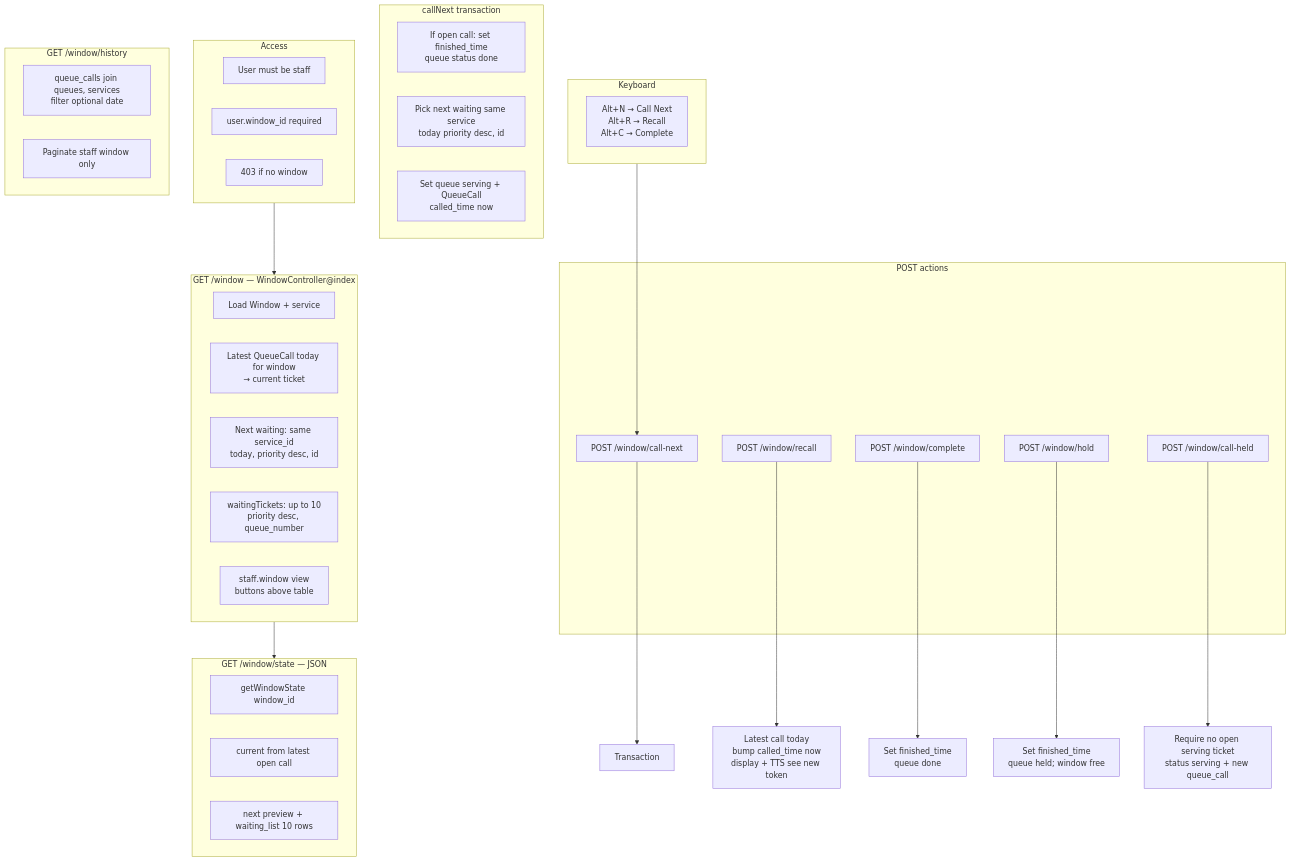
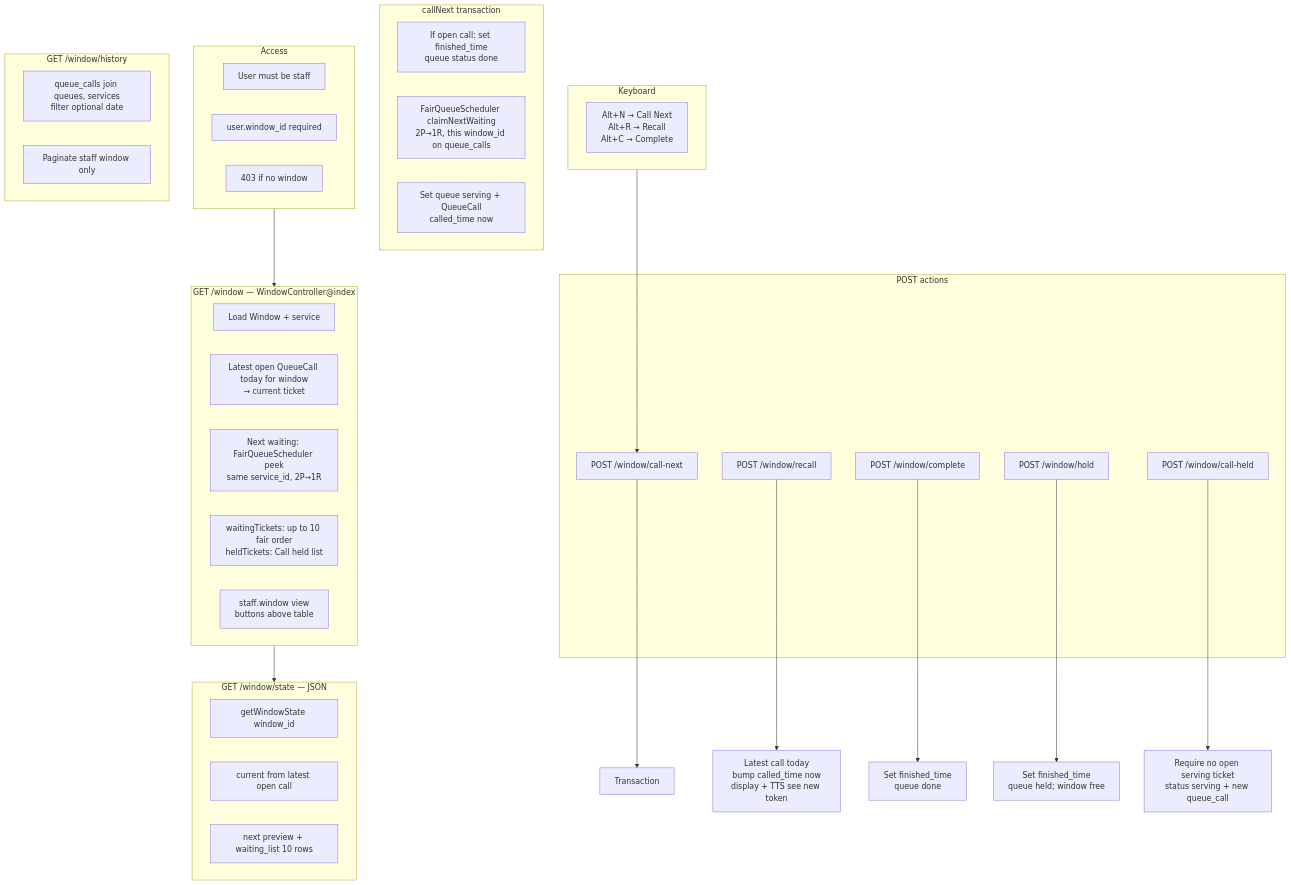
Before and after one commit to rhems95/queuing-system: the sixth of 12 diagrams in docs/system-flowchart.md, drawn with Mermaid. The commit also changed other lines of this file and 9 other files, not shown here.

First line of the commit message:
Document Student ID, Hold, and admin students in the diagrams.

````diff
--- a/docs/system-flowchart.md
+++ b/docs/system-flowchart.md
@@ -170,56 +172,56 @@
 ```mermaid
 flowchart TD
     subgraph Gate["Access"]
         U1["User must be staff"]
         U2["user.window_id required"]
         U3["403 if no window"]
     end
 
     subgraph Page["GET /window — WindowController@index"]
         P1["Load Window + service"]
-        P2["Latest QueueCall today for window<br/>→ current ticket"]
-        P3["Next waiting: same service_id<br/>today, priority desc, id"]
-        P4["waitingTickets: up to 10<br/>priority desc, queue_number"]
+        P2["Latest open QueueCall today for window<br/>→ current ticket"]
+        P3["Next waiting: FairQueueScheduler peek<br/>same service_id, 2P→1R"]
+        P4["waitingTickets: up to 10 fair order<br/>heldTickets: Call held list"]
         P5["staff.window view<br/>buttons above table"]
     end
     Gate --> Page
 
     subgraph Poll["GET /window/state — JSON"]
         S1["getWindowState window_id"]
         S2["current from latest open call"]
         S3["next preview + waiting_list 10 rows"]
     end
     Page --> Poll
 
     subgraph Actions["POST actions"]
         CN["POST /window/call-next"]
         RC["POST /window/recall"]
         CP["POST /window/complete"]
         HD["POST /window/hold"]
         CH["POST /window/call-held"]
     end
 
     CN --> CNstep["Transaction"]
     subgraph CallNextTx["callNext transaction"]
         X1["If open call: set finished_time<br/>queue status done"]
-        X2["Pick next waiting same service<br/>today priority desc, id"]
+        X2["FairQueueScheduler claimNextWaiting<br/>2P→1R, this window_id on queue_calls"]
         X3["Set queue serving + QueueCall<br/>called_time now"]
     end
 
     RC --> RC1["Latest call today<br/>bump called_time now<br/>display + TTS see new token"]
 
     CP --> CP1["Set finished_time<br/>queue done"]
 
     HD --> HD1["Set finished_time<br/>queue held; window free"]
     CH --> CH1["Require no open serving ticket<br/>status serving + new queue_call"]
 
     subgraph Shortcut["Keyboard"]
         K1["Alt+N → Call Next<br/>Alt+R → Recall<br/>Alt+C → Complete"]
     end
     Shortcut --> CN
 
     subgraph StaffHistory["GET /window/history"]
         H1["queue_calls join queues, services<br/>filter optional date"]
         H2["Paginate staff window only"]
     end
 ```
````
